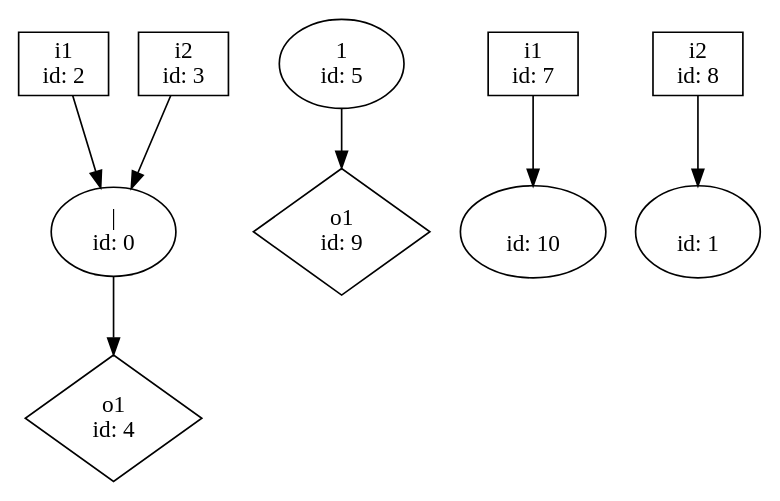
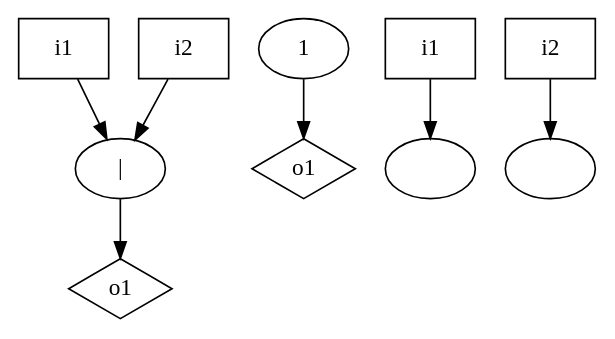
The diagram in dot_files/bool_circ/transform/or_done.dot (p9romain/bool-circuits), drawn with Graphviz before and after one commit. The commit also changed 215 other files, not shown here.

```diff
--- a/dot_files/bool_circ/transform/or_done.dot
+++ b/dot_files/bool_circ/transform/or_done.dot
@@ -1,18 +1,18 @@
 digraph G {
-n0 [label="|\n id: 0"];
-n2 [label="i1\n id: 2",shape="box"];
-n3 [label="i2\n id: 3",shape="box"];
-n4 [label="o1\n id: 4",shape="diamond"];
-n5 [label="1\n id: 5"];
-n7 [label="i1\n id: 7",shape="box"];
-n8 [label="i2\n id: 8",shape="box"];
-n9 [label="o1\n id: 9",shape="diamond"];
-n1 [label="\n id: 1"];
-n10 [label="\n id: 10"];
+n0 [label="|"];
+n2 [label="i1",shape="box"];
+n3 [label="i2",shape="box"];
+n4 [label="o1",shape="diamond"];
+n5 [label="1"];
+n7 [label="i1",shape="box"];
+n8 [label="i2",shape="box"];
+n9 [label="o1",shape="diamond"];
+n1 [label=""];
+n10 [label=""];
 n0 -> n4
 n2 -> n0
 n3 -> n0
 n5 -> n9
 n7 -> n10
 n8 -> n1
 }
```
